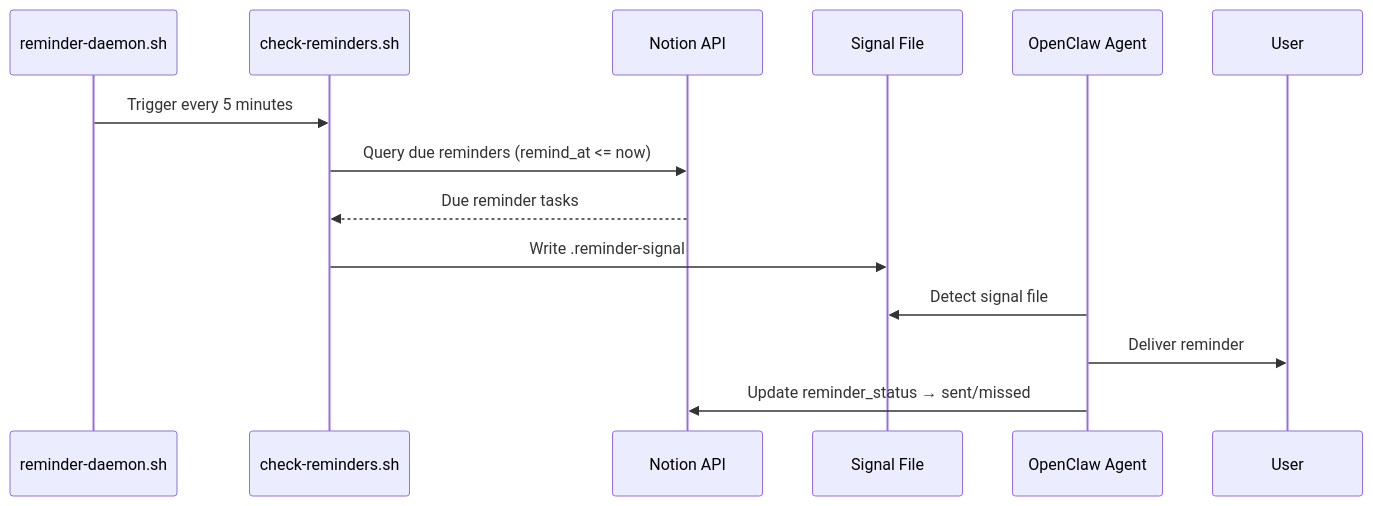
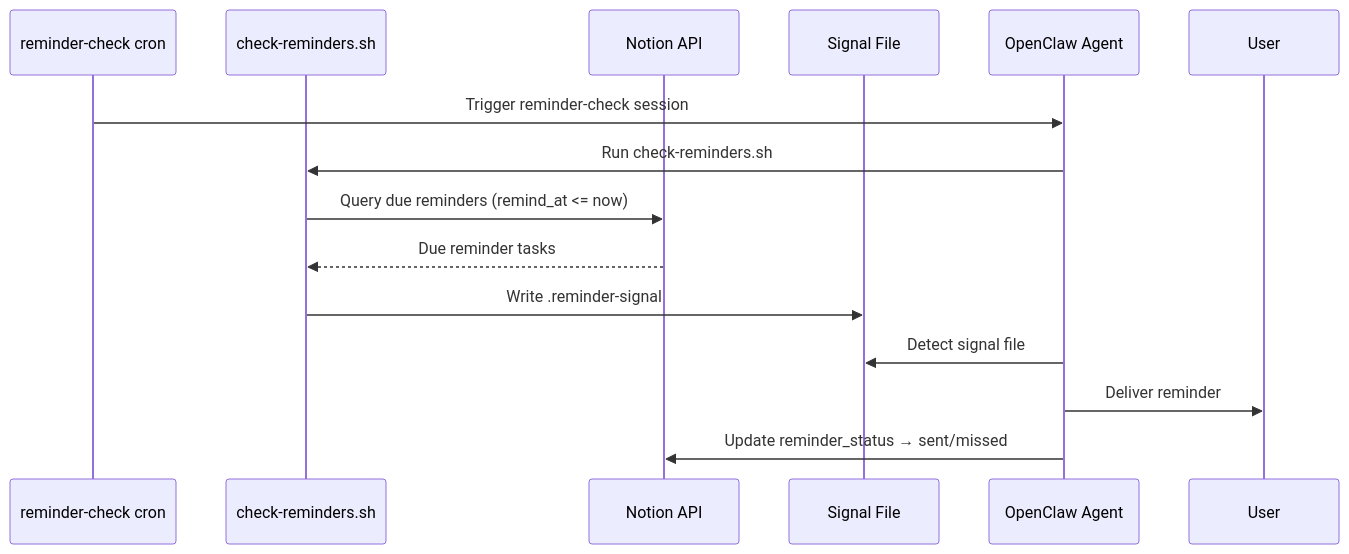
Before and after one commit to NickBorgersProbably/hide-my-list: diagram 23 of 29 in docs/user-interactions.md, drawn with Mermaid. The commit also changed 5 other files, not shown here.

Commit message:
docs: replace daemon references with cron flow

````diff
--- a/docs/user-interactions.md
+++ b/docs/user-interactions.md
@@ -763,17 +763,18 @@
 ```mermaid
 sequenceDiagram
-    participant Daemon as reminder-daemon.sh
+    participant Cron as reminder-check cron
     participant Scr as check-reminders.sh
     participant Notion as Notion API
     participant Signal as Signal File
     participant Agent as OpenClaw Agent
     participant User
 
-    Daemon->>Scr: Trigger every 5 minutes
+    Cron->>Agent: Trigger reminder-check session
+    Agent->>Scr: Run check-reminders.sh
     Scr->>Notion: Query due reminders (remind_at <= now)
     Notion-->>Scr: Due reminder tasks
     Scr->>Signal: Write .reminder-signal
     Agent->>Signal: Detect signal file
     Agent->>User: Deliver reminder
     Agent->>Notion: Update reminder_status → sent/missed
 ```
````
